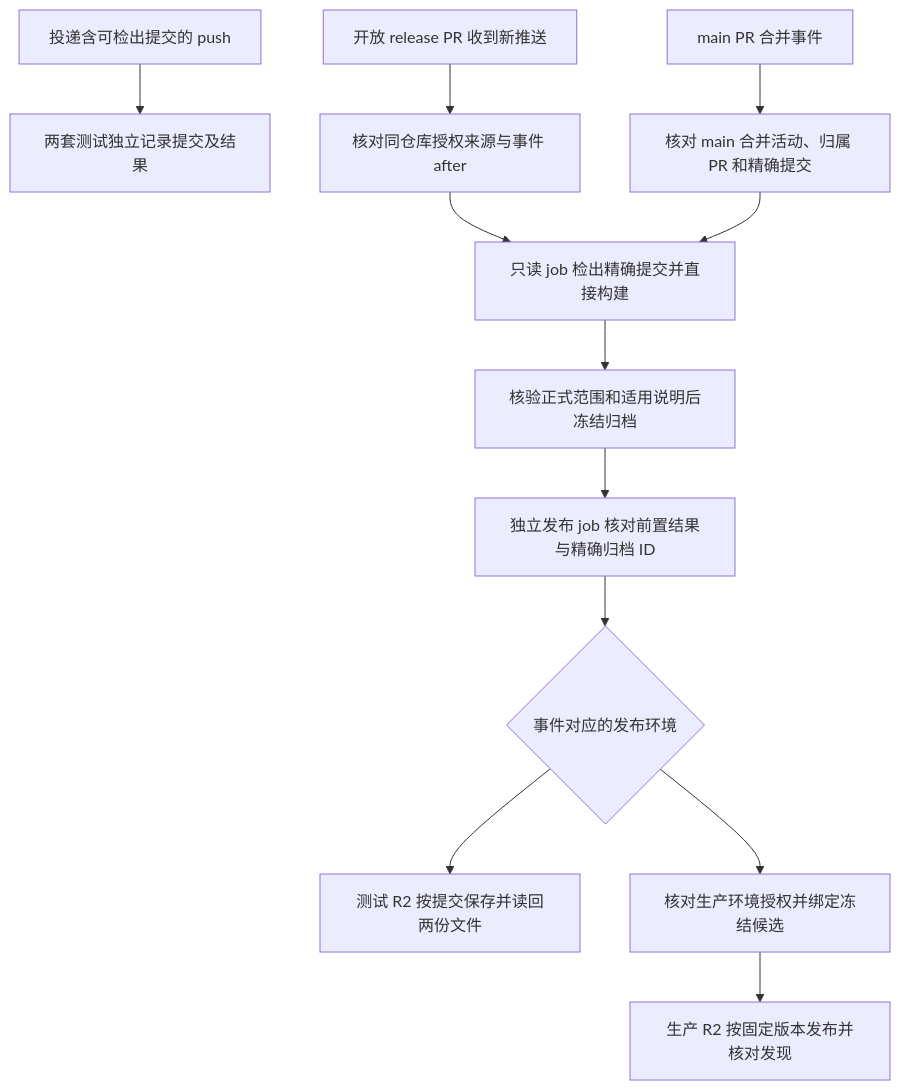
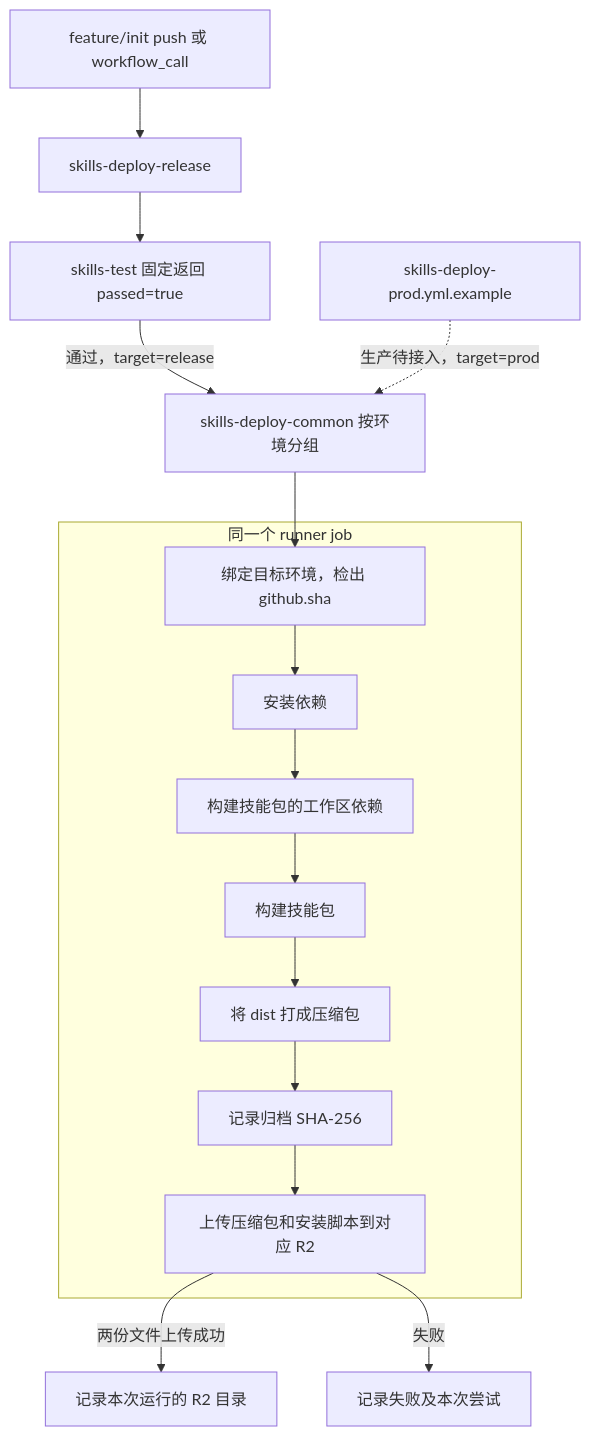
One commit to Ena-Heleneto/agent-foundry changed the first of 19 diagrams in specs/skills/001-skills-distribution/diagrams.md. Above: the diagram before and after it, drawn with Mermaid. The commit also changed other lines of this file and 67 other files, not shown here.

````diff
--- a/specs/skills/001-skills-distribution/diagrams.md
+++ b/specs/skills/001-skills-distribution/diagrams.md
@@ -5,14 +5,18 @@
 ```mermaid
 flowchart TD
-    P["投递含可检出提交的 push"] --> Q["两套测试独立记录提交及结果"]
-    T["开放 release PR 收到新推送"] --> A["核对同仓库授权来源与事件 after"]
-    M["main PR 合并事件"] --> B["核对 main 合并活动、归属 PR 和精确提交"]
-    A --> C["只读 job 检出精确提交并直接构建"]
-    B --> C
-    C --> D["核验正式范围和适用说明后冻结归档"]
-    D --> E["独立发布 job 核对前置结果与精确归档 ID"]
-    E --> R{"事件对应的发布环境"}
-    R --> F["测试 R2 按提交保存并读回两份文件"]
-    R --> G["核对生产环境授权并绑定冻结候选"]
-    G --> H["生产 R2 按固定版本发布并核对发现"]
+    E["feature/init push 或 workflow_call"] --> R["skills-deploy-release"]
+    R --> T["skills-test 固定返回 passed=true"]
+    T -->|"通过，target=release"| C["skills-deploy-common 按环境分组"]
+    P["skills-deploy-prod.yml.example"] -.->|"生产待接入，target=prod"| C
+    C --> I
+    subgraph J["同一个 runner job"]
+        I["绑定目标环境，检出 github.sha"] --> A["安装依赖"]
+        A --> D["构建技能包的工作区依赖"]
+        D --> B["构建技能包"]
+        B --> Z["将 dist 打成压缩包"]
+        Z --> H["记录归档 SHA-256"]
+        H --> U["上传压缩包和安装脚本到对应 R2"]
+    end
+    U -->|"两份文件上传成功"| S["记录本次运行的 R2 目录"]
+    U -->|"失败"| F["记录失败及本次尝试"]
 ```
````
